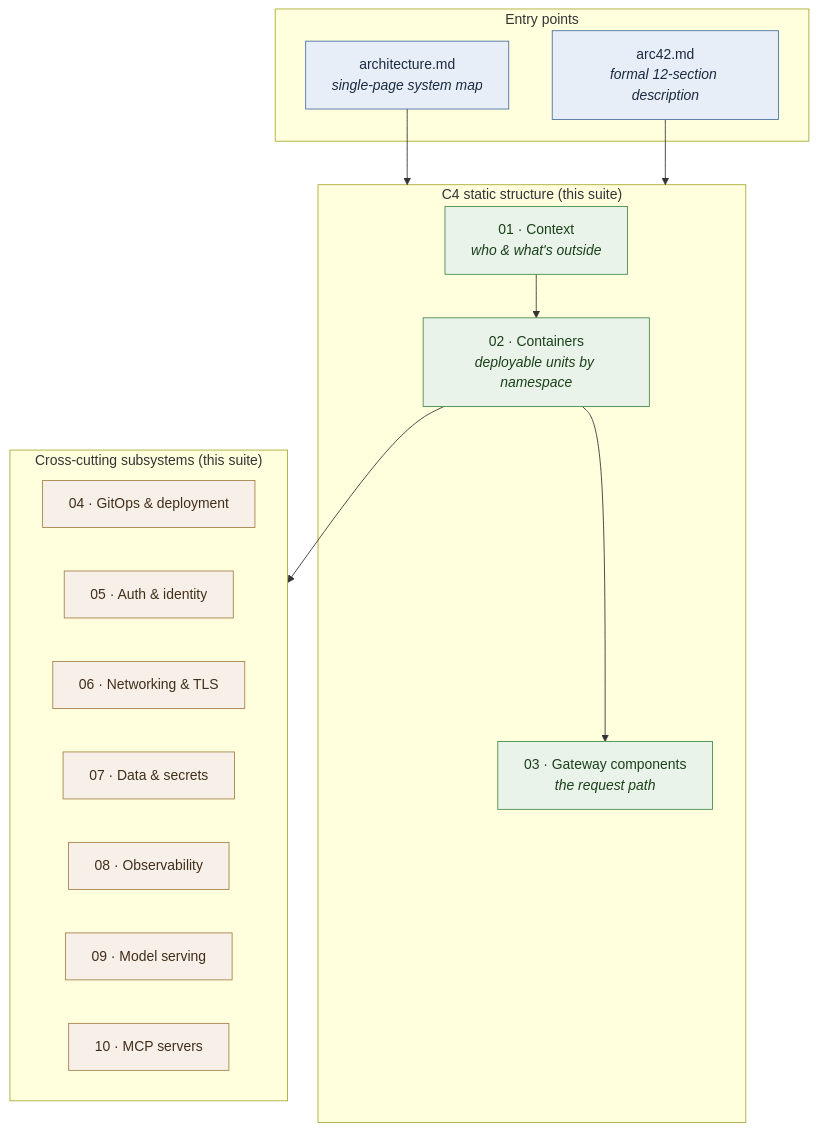
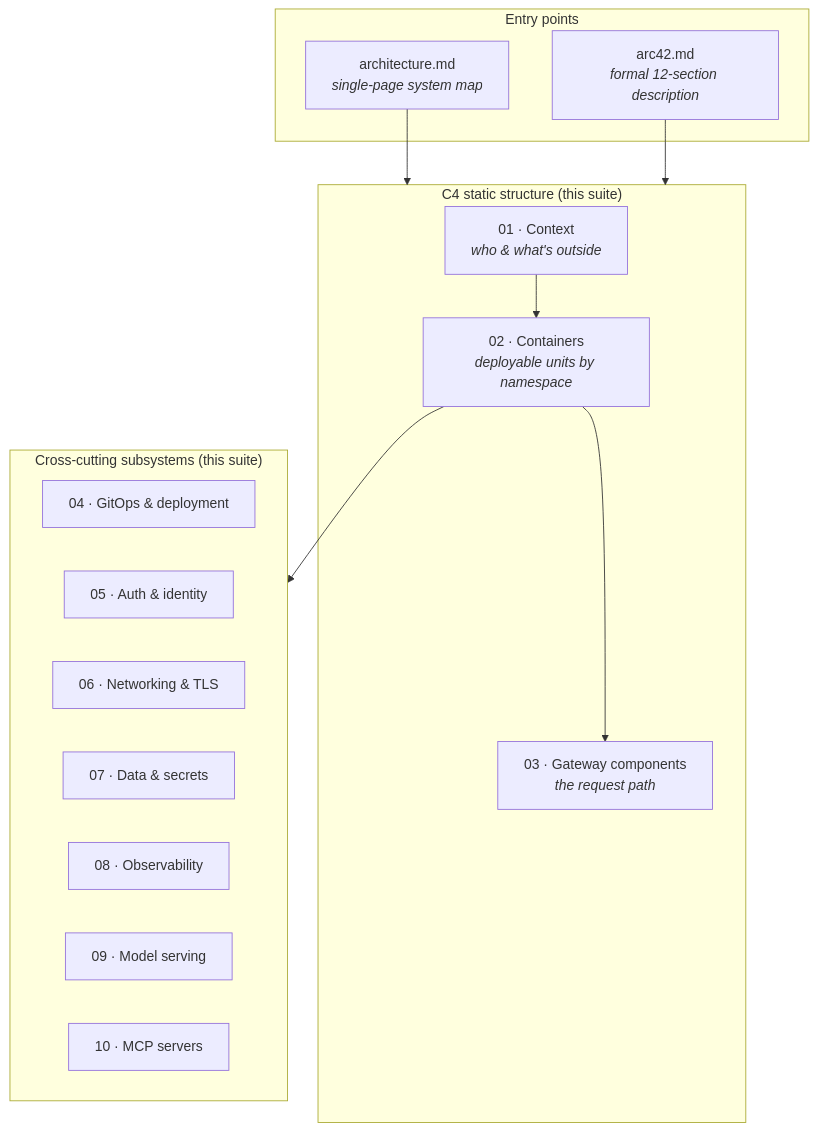
The first of 2 diagrams in docs/architecture/README.md (ADORSYS-GIS/ai-helm), drawn with Mermaid before and after one commit. The commit also changed other lines of this file and 13 other files, not shown here.

First line of the commit message:
docs(architecture): uncolor all mermaid; refresh CD/components; add diagrams

````diff
--- a/docs/architecture/README.md
+++ b/docs/architecture/README.md
@@ -19,35 +19,29 @@
 ```mermaid
 flowchart TB
     subgraph L0["Entry points"]
         FRONT["architecture.md<br/><i>single-page system map</i>"]
         ARC["arc42.md<br/><i>formal 12-section description</i>"]
     end
 
     subgraph C4["C4 static structure (this suite)"]
         L1["01 · Context<br/><i>who & what's outside</i>"]
         L2["02 · Containers<br/><i>deployable units by namespace</i>"]
         L3["03 · Gateway components<br/><i>the request path</i>"]
         L1 --> L2 --> L3
     end
 
     subgraph SUB["Cross-cutting subsystems (this suite)"]
         D04["04 · GitOps & deployment"]
         D05["05 · Auth & identity"]
         D06["06 · Networking & TLS"]
         D07["07 · Data & secrets"]
         D08["08 · Observability"]
         D09["09 · Model serving"]
         D10["10 · MCP servers"]
     end
 
     FRONT --> C4
     ARC --> C4
     L2 --> SUB
 
-    classDef entry fill:#e8eef7,stroke:#4a6fa5,color:#1a2a40;
-    classDef c4 fill:#eaf3ea,stroke:#4a8a4a,color:#1a401a;
-    classDef sub fill:#f7f0e8,stroke:#a5814a,color:#402e1a;
-    class FRONT,ARC entry;
-    class L1,L2,L3 c4;
-    class D04,D05,D06,D07,D08,D09,D10 sub;
 ```
````
